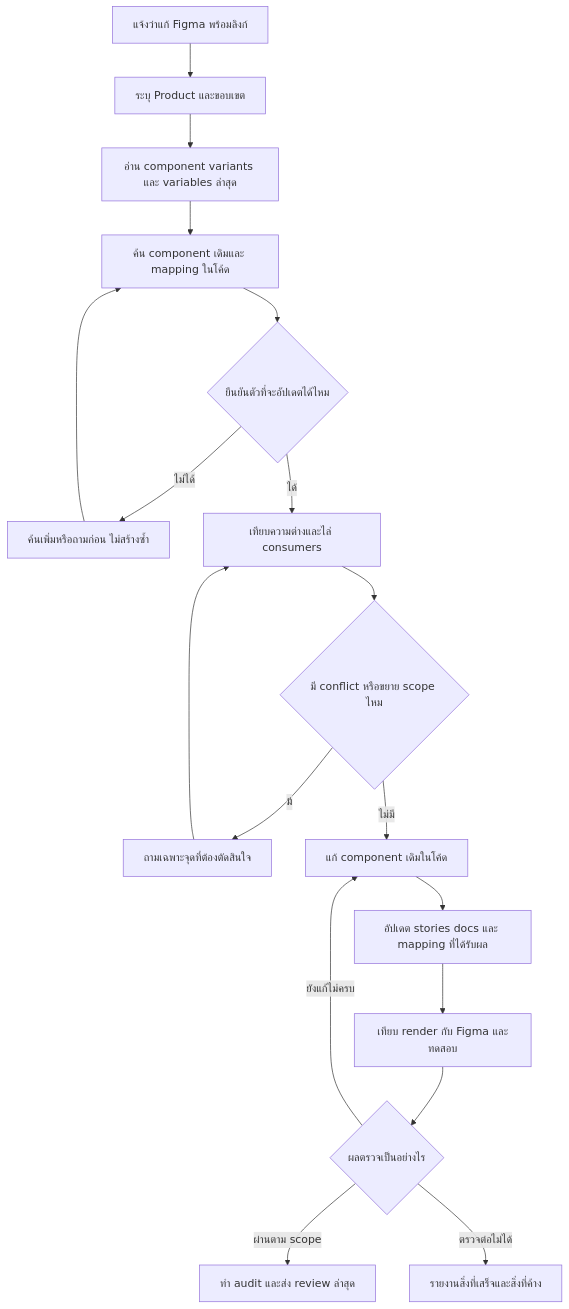
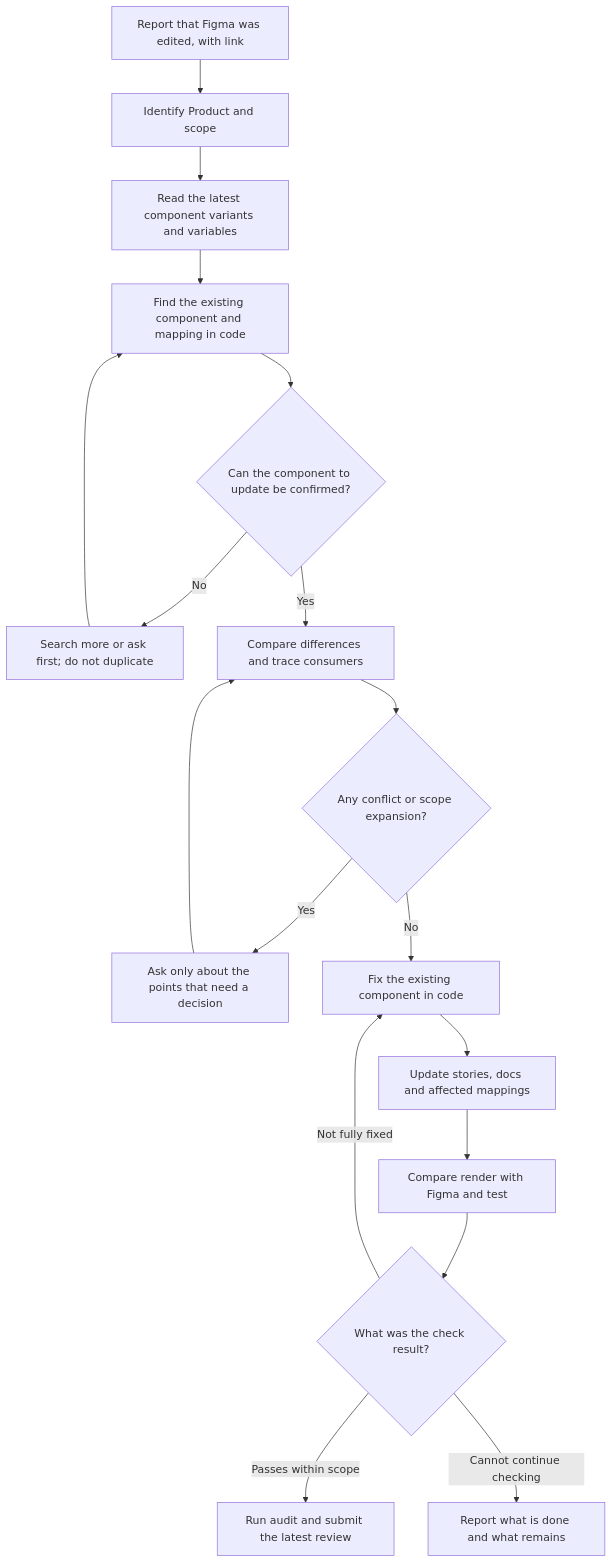
Before and after one commit to PraewNAT/cariva-design-workspace: the diagram in design-system/rules/figma-component-to-code-flow.md, drawn with Mermaid. The commit also changed other lines of this file and 190 other files, not shown here.

First line of the commit message:
Align Figma component sets with shadcn, add Code Connect, translate docs to English

````diff
--- a/design-system/rules/figma-component-to-code-flow.md
+++ b/design-system/rules/figma-component-to-code-flow.md
@@ -44,20 +44,20 @@
 ```mermaid
 flowchart TD
-  Request["แจ้งว่าแก้ Figma พร้อมลิงก์"] --> Scope["ระบุ Product และขอบเขต"]
-  Scope --> Read["อ่าน component variants และ variables ล่าสุด"]
-  Read --> Find["ค้น component เดิมและ mapping ในโค้ด"]
-  Find --> Match{"ยืนยันตัวที่จะอัปเดตได้ไหม"}
-  Match -->|ไม่ได้| AskMapping["ค้นเพิ่มหรือถามก่อน ไม่สร้างซ้ำ"]
+  Request["Report that Figma was edited, with link"] --> Scope["Identify Product and scope"]
+  Scope --> Read["Read the latest component variants and variables"]
+  Read --> Find["Find the existing component and mapping in code"]
+  Find --> Match{"Can the component to update be confirmed?"}
+  Match -->|No| AskMapping["Search more or ask first; do not duplicate"]
   AskMapping --> Find
-  Match -->|ได้| Diff["เทียบความต่างและไล่ consumers"]
-  Diff --> Conflict{"มี conflict หรือขยาย scope ไหม"}
-  Conflict -->|มี| Decide["ถามเฉพาะจุดที่ต้องตัดสินใจ"]
+  Match -->|Yes| Diff["Compare differences and trace consumers"]
+  Diff --> Conflict{"Any conflict or scope expansion?"}
+  Conflict -->|Yes| Decide["Ask only about the points that need a decision"]
   Decide --> Diff
-  Conflict -->|ไม่มี| Edit["แก้ component เดิมในโค้ด"]
-  Edit --> Docs["อัปเดต stories docs และ mapping ที่ได้รับผล"]
-  Docs --> Verify["เทียบ render กับ Figma และทดสอบ"]
-  Verify --> Result{"ผลตรวจเป็นอย่างไร"}
-  Result -->|ยังแก้ไม่ครบ| Edit
-  Result -->|ผ่านตาม scope| Deliver["ทำ audit และส่ง review ล่าสุด"]
-  Result -->|ตรวจต่อไม่ได้| Pending["รายงานสิ่งที่เสร็จและสิ่งที่ค้าง"]
+  Conflict -->|No| Edit["Fix the existing component in code"]
+  Edit --> Docs["Update stories, docs and affected mappings"]
+  Docs --> Verify["Compare render with Figma and test"]
+  Verify --> Result{"What was the check result?"}
+  Result -->|Not fully fixed| Edit
+  Result -->|Passes within scope| Deliver["Run audit and submit the latest review"]
+  Result -->|Cannot continue checking| Pending["Report what is done and what remains"]
 ```
````
